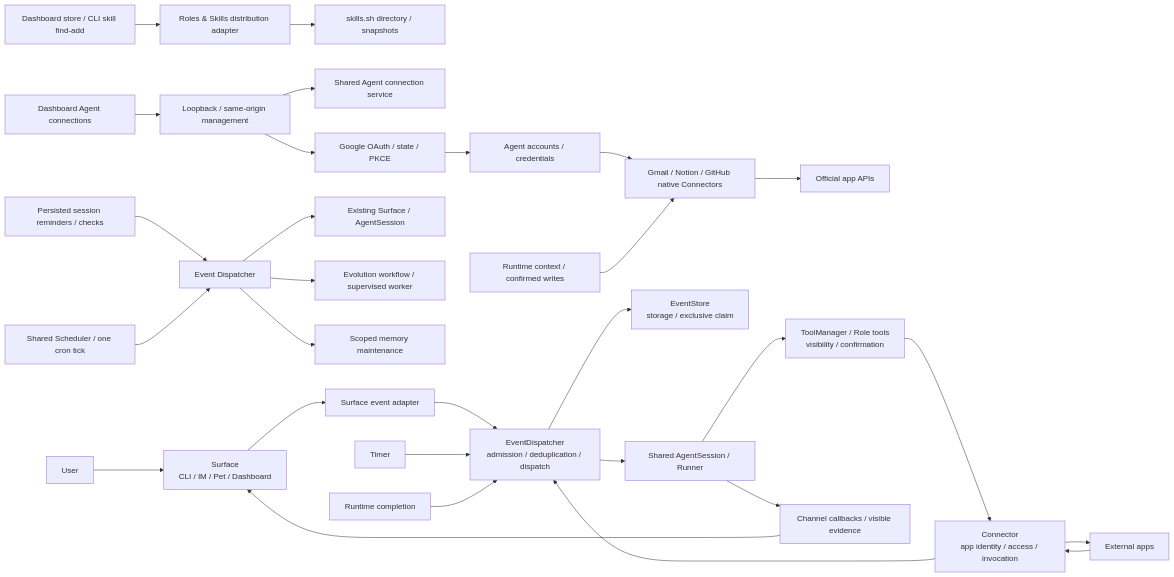
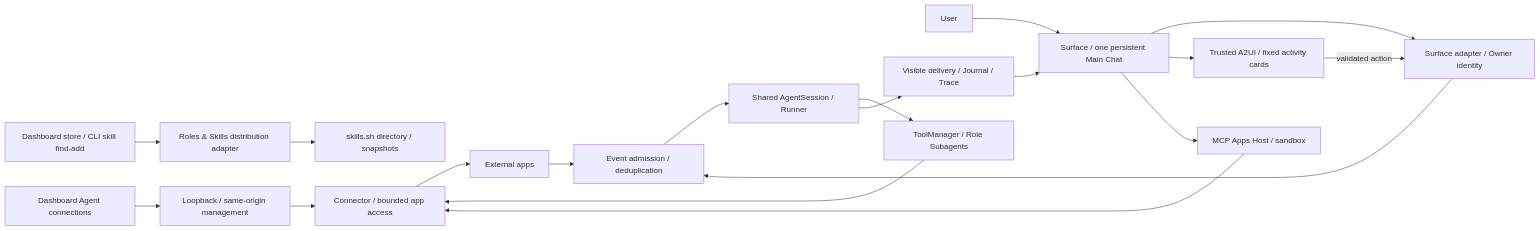
One commit to fightheyyy/XIAOBA changed the second of 2 diagrams in docs/surface/SPEC.md. Above: the diagram before and after it, drawn with Mermaid. The commit also changed other lines of this file and 40 other files, not shown here.

Commit message:
feat: add persistent Main Agent dashboard chat with rich UI

````diff
--- a/docs/surface/SPEC.md
+++ b/docs/surface/SPEC.md
@@ -98,31 +93,21 @@
 ```mermaid
 flowchart LR
     SkillStore["Dashboard store / CLI skill find-add"] --> Distribution["Roles & Skills distribution adapter"]
     Distribution --> SkillsSh["skills.sh directory / snapshots"]
     ConnectorPage["Dashboard Agent connections"] --> LocalAdmin["Loopback / same-origin management"]
-    LocalAdmin --> AppService["Shared Agent connection service"]
-    LocalAdmin --> OAuth["Google OAuth / state / PKCE"]
-    OAuth --> AgentResources
-    AgentResources["Agent accounts / credentials"] --> AppConnectors["Gmail / Notion / GitHub native Connectors"]
-    AppConnectors --> OfficialAPIs["Official app APIs"]
-    RequestPolicy["Runtime context / confirmed writes"] --> AppConnectors
-    SessionTimer["Persisted session reminders / checks"] --> ScheduledEvents
-    ScheduledEvents --> SessionWake["Existing Surface / AgentSession"]
-    DailyScheduler["Shared Scheduler / one cron tick"] --> ScheduledEvents["Event Dispatcher"]
-    ScheduledEvents --> EvolutionConsumer["Evolution workflow / supervised worker"]
-    ScheduledEvents --> MemoryConsumer["Scoped memory maintenance"]
-    User["User"] --> Surface["Surface<br/>CLI / IM / Pet / Dashboard"]
-    Surface --> Adapter["Surface event adapter"]
-    Adapter --> Event["EventDispatcher<br/>admission / deduplication / dispatch"]
-    Event --> Store["EventStore<br/>storage / exclusive claim"]
-    Timer["Timer"] --> Event
-    Completion["Runtime completion"] --> Event
-    Apps["External apps"] --> Connector["Connector<br/>app identity / access / invocation"]
-    Connector --> Event
+    LocalAdmin --> Connector
+    User["User"] --> Surface["Surface / one persistent Main Chat"]
+    Surface --> Policy["Surface adapter / Owner identity"]
+    Policy --> Event["Event admission / deduplication"]
     Event --> Runtime["Shared AgentSession / Runner"]
-    Runtime --> Tools["ToolManager / Role tools<br/>visibility / confirmation"]
-    Tools --> Connector
-    Connector --> Apps
-    Runtime --> Delivery["Channel callbacks / visible evidence"]
+    Runtime --> Tools["ToolManager / Role Subagents"]
+    Tools --> Connector["Connector / bounded app access"]
+    Connector --> Apps["External apps"]
+    Apps --> Event
+    Runtime --> Delivery["Visible delivery / Journal / Trace"]
     Delivery --> Surface
+    Surface --> UI["Trusted A2UI / fixed activity cards"]
+    UI -->|validated action| Policy
+    Surface --> Host["MCP Apps Host / sandbox"]
+    Host --> Connector
 ```
````
